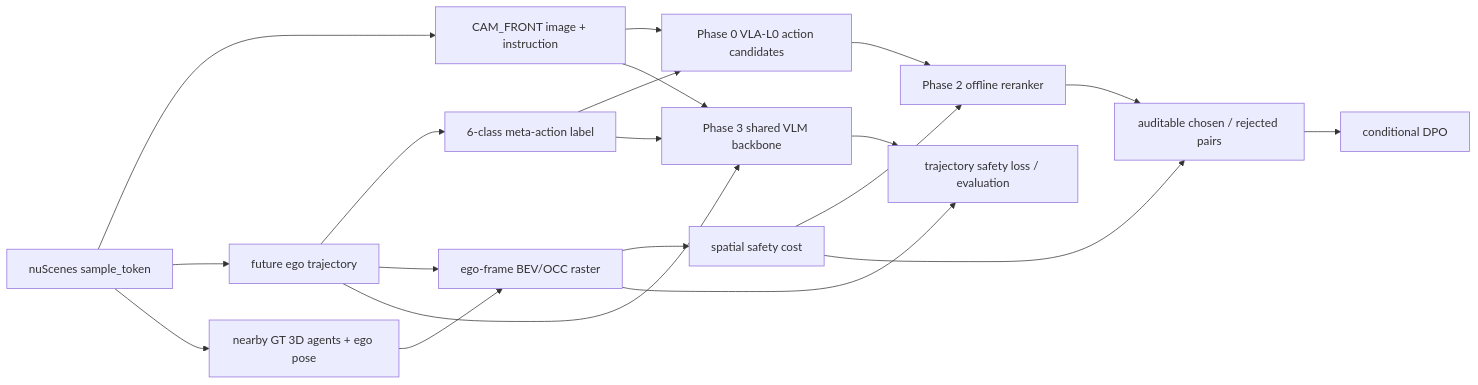
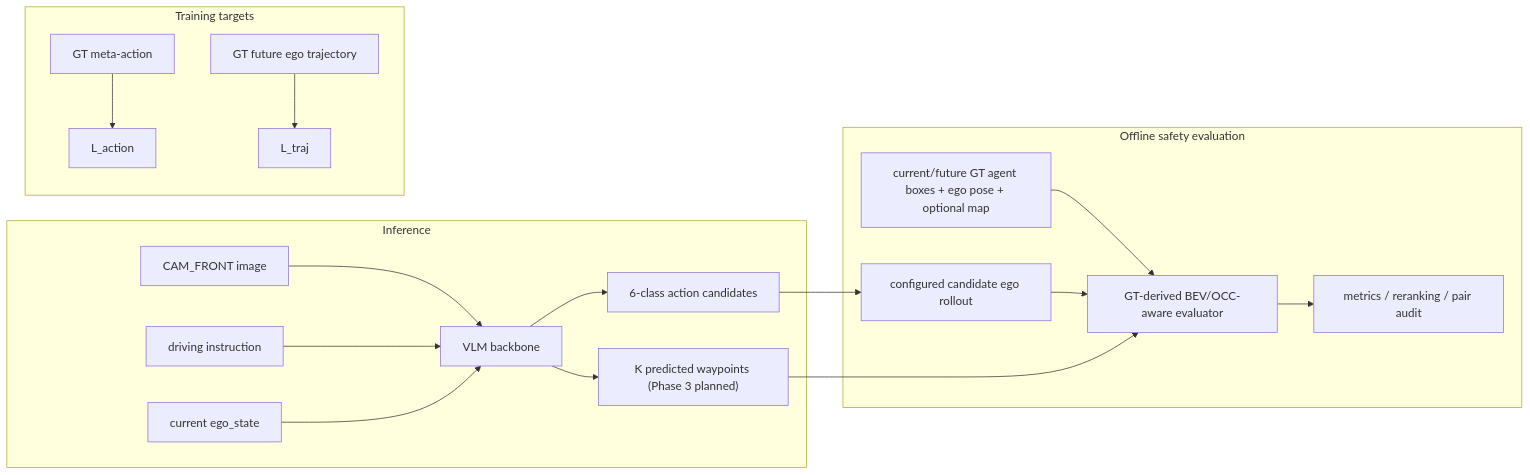
The diagram in project_mvp_plan.md (TNAG031231/4vla_learning), drawn with Mermaid before and after one commit. The commit also changed other lines of this file and 3 other files, not shown here.

Commit message:
docs: separate VLA inference and safety evaluation

````diff
--- a/project_mvp_plan.md
+++ b/project_mvp_plan.md
@@ -48,22 +28,23 @@
 ```mermaid
 flowchart LR
-    A["nuScenes sample_token"] --> B["CAM_FRONT image + instruction"]
-    A --> C["future ego trajectory"]
-    A --> D["nearby GT 3D agents + ego pose"]
-    C --> E["6-class meta-action label"]
-    C --> F["ego-frame BEV/OCC raster"]
-    D --> F
-    B --> G["Phase 0 VLA-L0 action candidates"]
-    E --> G
-    F --> H["spatial safety cost"]
-    G --> I["Phase 2 offline reranker"]
-    H --> I
-    H --> J["auditable chosen / rejected pairs"]
-    I --> J
-    J --> K["conditional DPO"]
-    B --> L["Phase 3 shared VLM backbone"]
-    E --> L
-    C --> L
-    F --> M["trajectory safety loss / evaluation"]
-    L --> M
+    subgraph Inference
+        A["CAM_FRONT image"] --> D["VLM backbone"]
+        B["driving instruction"] --> D
+        C["current ego_state"] --> D
+        D --> E["6-class action candidates"]
+        D --> F["K predicted waypoints (Phase 3 planned)"]
+    end
+
+    subgraph Training targets
+        G["GT meta-action"] --> H["L_action"]
+        I["GT future ego trajectory"] --> J["L_traj"]
+    end
+
+    subgraph Offline safety evaluation
+        K["current/future GT agent boxes + ego pose + optional map"] --> L["GT-derived BEV/OCC-aware evaluator"]
+        E --> M["configured candidate ego rollout"]
+        M --> L
+        F --> L
+        L --> N["metrics / reranking / pair audit"]
+    end
 ```
````
